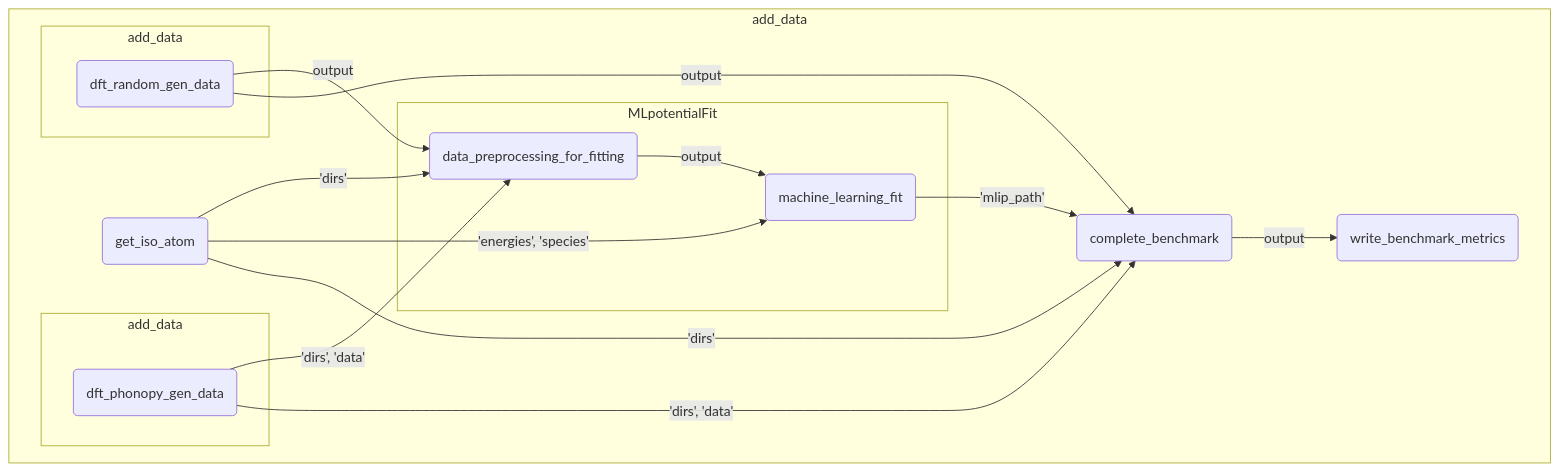
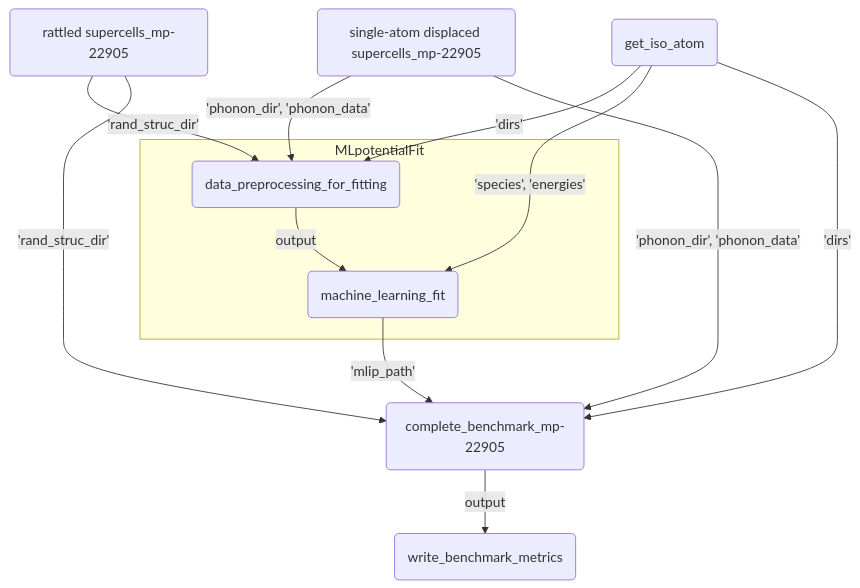
One commit to autoatml/autoplex changed the diagram in docs/user/flows/flows.md. Above: the diagram before and after it, drawn with Mermaid. The commit also changed other lines of this file, not shown here.

Commit message:
updated mermaid flowchart and the respective text

````diff
--- a/docs/user/flows/flows.md
+++ b/docs/user/flows/flows.md
@@ -126,28 +126,22 @@
 ```{mermaid}
 flowchart TD
-    f831581e-1d20-4fa8-aa7d-773ae45a78aa(external) -->|output| 25f1b412-6e80-4ea0-a669-126b1d2eefdc(data_preprocessing_for_fitting)
-    f831581e-1d20-4fa8-aa7d-773ae45a78aa(external) -->|output| 75cee155-2708-4dcf-b8b3-d184d450ed4f(complete_benchmark)
-    e99258a7-6717-4cc9-b629-709bee881cfa(external) -->|'dirs', 'data'| 25f1b412-6e80-4ea0-a669-126b1d2eefdc(data_preprocessing_for_fitting)
-    e99258a7-6717-4cc9-b629-709bee881cfa(external) -->|'dirs', 'data'| 75cee155-2708-4dcf-b8b3-d184d450ed4f(complete_benchmark)
-    38349844-bee1-4869-839f-74ccd753524e(external) -->|'dirs'| 25f1b412-6e80-4ea0-a669-126b1d2eefdc(data_preprocessing_for_fitting)
-    38349844-bee1-4869-839f-74ccd753524e(external) -->|'energies', 'species'| 0a11a48c-3d9b-454a-9959-f7732967b49f(machine_learning_fit)
-    38349844-bee1-4869-839f-74ccd753524e(external) -->|'dirs'| 75cee155-2708-4dcf-b8b3-d184d450ed4f(complete_benchmark)
-    25f1b412-6e80-4ea0-a669-126b1d2eefdc(data_preprocessing_for_fitting) -->|output| 0a11a48c-3d9b-454a-9959-f7732967b49f(machine_learning_fit)
-    0a11a48c-3d9b-454a-9959-f7732967b49f(machine_learning_fit) -->|'mlip_path'| 75cee155-2708-4dcf-b8b3-d184d450ed4f(complete_benchmark)
-    75cee155-2708-4dcf-b8b3-d184d450ed4f(complete_benchmark) -->|output| d5b02fd6-806d-43f4-9f3f-d9de5f0f28e3(write_benchmark_metrics)
-    subgraph 2bc86ca5-f4bd-47dc-aa9d-45f72d0ab527 [add_data]
-        subgraph 821b6198-a8c5-45c5-939f-8ff0edd9f5b0 [add_data]
-            f831581e-1d20-4fa8-aa7d-773ae45a78aa(dft_random_gen_data)
-        end
-        subgraph 75368ebe-fe58-48a9-aeba-6e81ca9169d6 [add_data]
-            e99258a7-6717-4cc9-b629-709bee881cfa(dft_phonopy_gen_data)
-        end
-        38349844-bee1-4869-839f-74ccd753524e(get_iso_atom)
-        subgraph cdcce0a3-83fe-4590-993c-0b6e3ff5adcb [MLpotentialFit]
-            25f1b412-6e80-4ea0-a669-126b1d2eefdc(data_preprocessing_for_fitting)
-            0a11a48c-3d9b-454a-9959-f7732967b49f(machine_learning_fit)
-        end
-        75cee155-2708-4dcf-b8b3-d184d450ed4f(complete_benchmark)
-        d5b02fd6-806d-43f4-9f3f-d9de5f0f28e3(write_benchmark_metrics)
+    becfe032-c5ca-4398-9691-0f16baacb237(external) -->|'rand_struc_dir'| 42331e94-129c-45ef-9116-770369f6eab1(data_preprocessing_for_fitting)
+    becfe032-c5ca-4398-9691-0f16baacb237(external) -->|'rand_struc_dir'| 56cb031a-0cd7-4aa5-b857-c2c4d17e86c4(complete_benchmark_mp-22905)
+    a0286b49-988f-4628-8da6-270caade44bc(external) -->|'phonon_dir', 'phonon_data'| 42331e94-129c-45ef-9116-770369f6eab1(data_preprocessing_for_fitting)
+    a0286b49-988f-4628-8da6-270caade44bc(external) -->|'phonon_dir', 'phonon_data'| 56cb031a-0cd7-4aa5-b857-c2c4d17e86c4(complete_benchmark_mp-22905)
+    3b147b9e-05ff-4823-9dbc-7f8855fa99b5(external) -->|'dirs'| 42331e94-129c-45ef-9116-770369f6eab1(data_preprocessing_for_fitting)
+    3b147b9e-05ff-4823-9dbc-7f8855fa99b5(external) -->|'species', 'energies'| e0655654-19da-4c19-9e4e-d2a4014084db(machine_learning_fit)
+    3b147b9e-05ff-4823-9dbc-7f8855fa99b5(external) -->|'dirs'| 56cb031a-0cd7-4aa5-b857-c2c4d17e86c4(complete_benchmark_mp-22905)
+    42331e94-129c-45ef-9116-770369f6eab1(data_preprocessing_for_fitting) -->|output| e0655654-19da-4c19-9e4e-d2a4014084db(machine_learning_fit)
+    e0655654-19da-4c19-9e4e-d2a4014084db(machine_learning_fit) -->|'mlip_path'| 56cb031a-0cd7-4aa5-b857-c2c4d17e86c4(complete_benchmark_mp-22905)
+    56cb031a-0cd7-4aa5-b857-c2c4d17e86c4(complete_benchmark_mp-22905) -->|output| 56e6d111-8da3-4ae6-a69c-33632121a3d7(write_benchmark_metrics)
+    becfe032-c5ca-4398-9691-0f16baacb237(rattled supercells_mp-22905)
+    a0286b49-988f-4628-8da6-270caade44bc(single-atom displaced supercells_mp-22905)
+    3b147b9e-05ff-4823-9dbc-7f8855fa99b5(get_iso_atom)
+    subgraph 5f9b5d90-8fe0-418b-a90a-6c39371b8e04 [MLpotentialFit]
+        42331e94-129c-45ef-9116-770369f6eab1(data_preprocessing_for_fitting)
+        e0655654-19da-4c19-9e4e-d2a4014084db(machine_learning_fit)
     end
+    56cb031a-0cd7-4aa5-b857-c2c4d17e86c4(complete_benchmark_mp-22905)
+    56e6d111-8da3-4ae6-a69c-33632121a3d7(write_benchmark_metrics)
 ```
````
